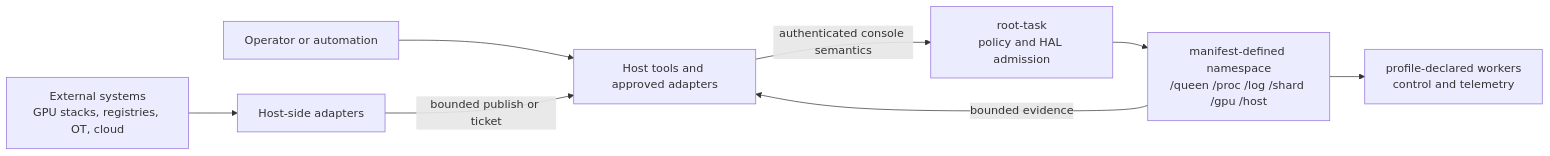
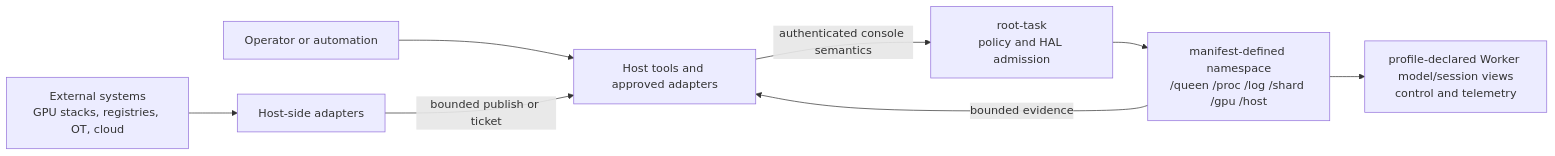
One commit to lukeb-aidev/cohesix changed the first of 2 diagrams in docs/USE_CASES.md. Above: the diagram before and after it, drawn with Mermaid. The commit also changed other lines of this file and 108 other files, not shown here.

````diff
--- a/docs/USE_CASES.md
+++ b/docs/USE_CASES.md
@@ -42,10 +42,10 @@
 ```mermaid
 flowchart LR
   Operator["Operator or automation"] --> Tools["Host tools and approved adapters"]
   Tools -->|"authenticated console semantics"| Root["root-task\npolicy and HAL admission"]
   Root --> Namespace["manifest-defined namespace\n/queen /proc /log /shard /gpu /host"]
-  Namespace --> Workers["profile-declared workers\ncontrol and telemetry"]
+  Namespace --> Workers["profile-declared Worker model/session views\ncontrol and telemetry"]
   External["External systems\nGPU stacks, registries, OT, cloud"] --> Adapters["Host-side adapters"]
   Adapters -->|"bounded publish or ticket"| Tools
   Namespace -->|"bounded evidence"| Tools
 ```
````
